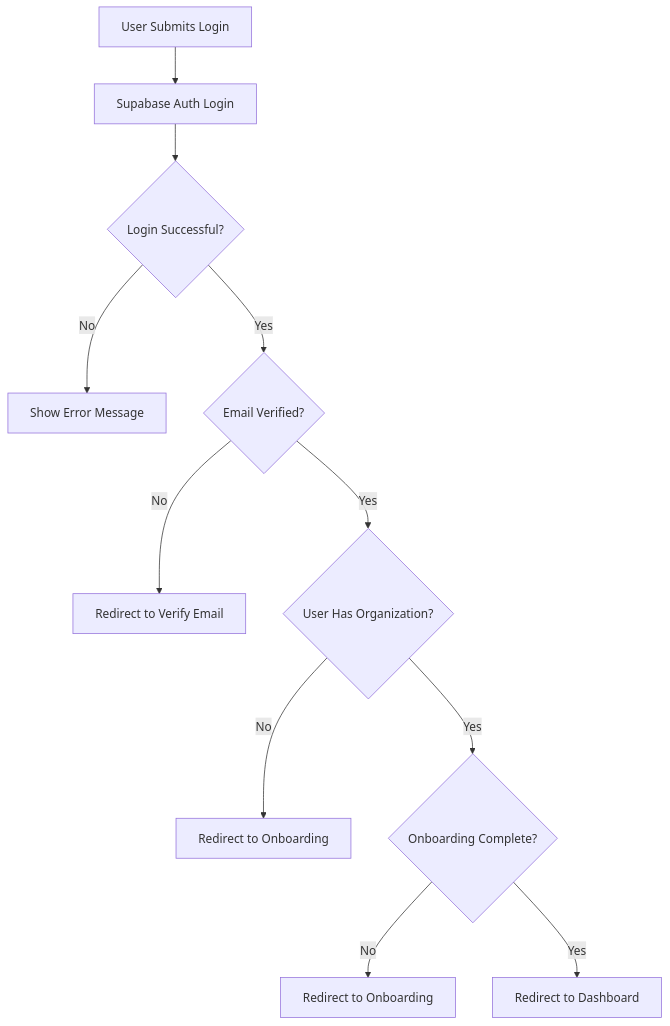
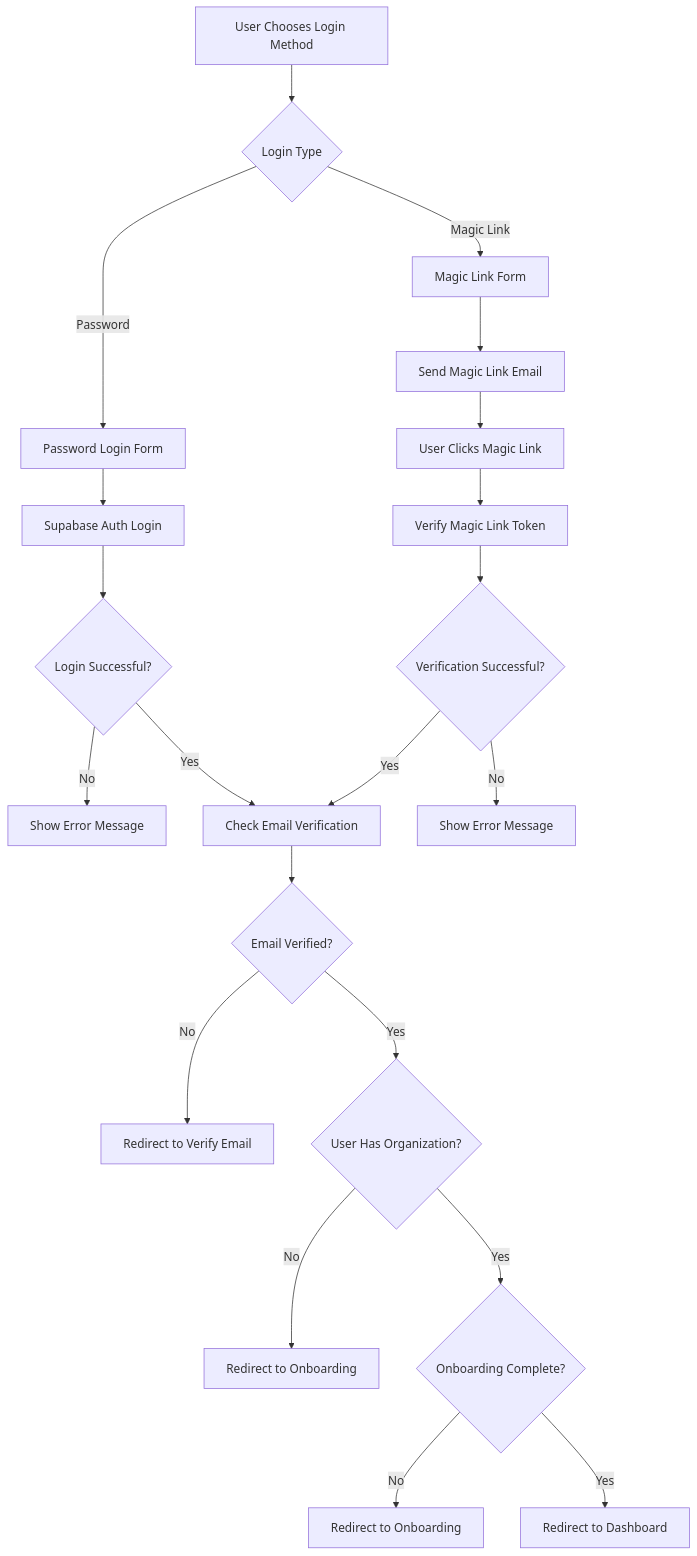
Before and after one commit to Maxapp-ZRH/PayMatch: the second of 5 diagrams in docs/auth/authentication.md, drawn with Mermaid. The commit also changed other lines of this file and 35 other files, not shown here.

First line of the commit message:
feat: improve auth error handling and user experience

````diff
--- a/docs/auth/authentication.md
+++ b/docs/auth/authentication.md
@@ -133,13 +152,26 @@
 ```mermaid
 graph TD
-    A[User Submits Login] --> B[Supabase Auth Login]
-    B --> C{Login Successful?}
-    C -->|No| D[Show Error Message]
-    C -->|Yes| E{Email Verified?}
-    E -->|No| F[Redirect to Verify Email]
-    E -->|Yes| G{User Has Organization?}
-    G -->|No| H[Redirect to Onboarding]
-    G -->|Yes| I{Onboarding Complete?}
-    I -->|No| J[Redirect to Onboarding]
-    I -->|Yes| K[Redirect to Dashboard]
+    A[User Chooses Login Method] --> B{Login Type}
+    B -->|Password| C[Password Login Form]
+    B -->|Magic Link| D[Magic Link Form]
+
+    C --> E[Supabase Auth Login]
+    E --> F{Login Successful?}
+    F -->|No| G[Show Error Message]
+    F -->|Yes| H[Check Email Verification]
+
+    D --> I[Send Magic Link Email]
+    I --> J[User Clicks Magic Link]
+    J --> K[Verify Magic Link Token]
+    K --> L{Verification Successful?}
+    L -->|No| M[Show Error Message]
+    L -->|Yes| H
+
+    H --> N{Email Verified?}
+    N -->|No| O[Redirect to Verify Email]
+    N -->|Yes| P{User Has Organization?}
+    P -->|No| Q[Redirect to Onboarding]
+    P -->|Yes| R{Onboarding Complete?}
+    R -->|No| S[Redirect to Onboarding]
+    R -->|Yes| T[Redirect to Dashboard]
 ```
````
